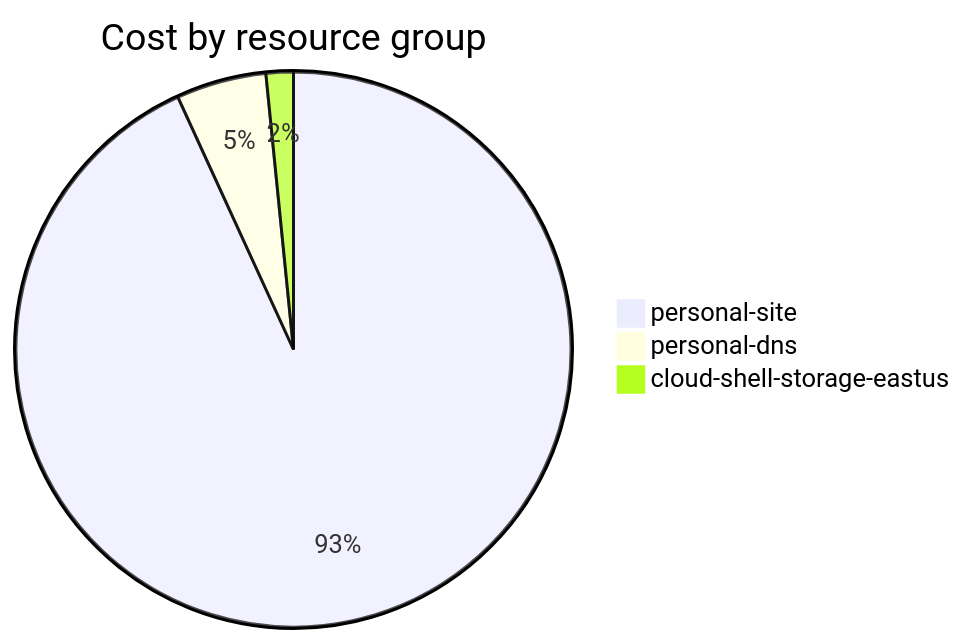
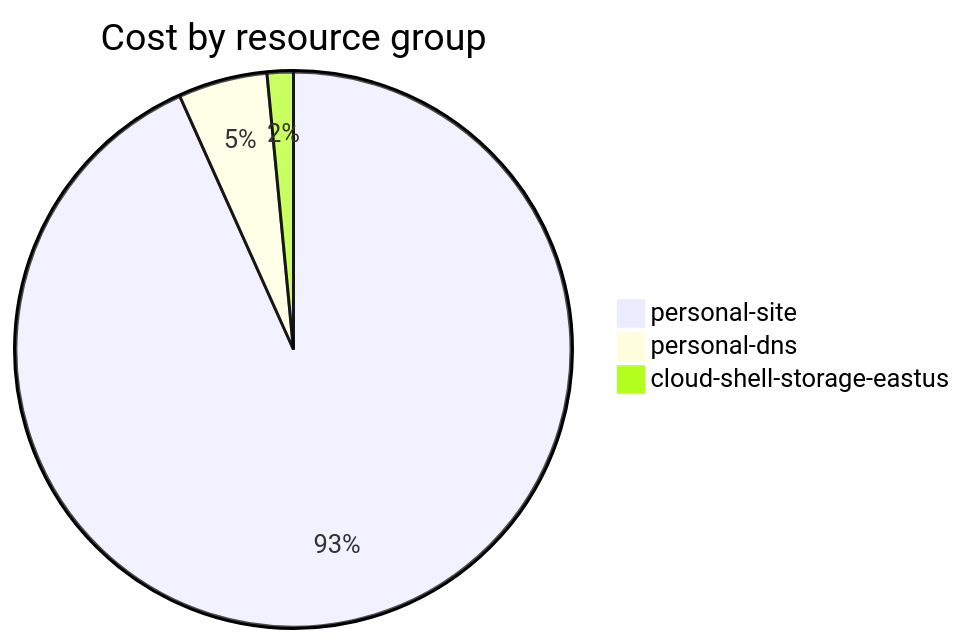
Before and after one commit to jpfulton/azure-personal-reports: the fourth of 4 diagrams in cost-reports/accumulated-cost.md, drawn with Mermaid. The commit also changed other lines of this file and 4 other files, not shown here.

````diff
--- a/cost-reports/accumulated-cost.md
+++ b/cost-reports/accumulated-cost.md
@@ -143,7 +143,7 @@
 ```mermaid
 pie
    title Cost by resource group
-   "personal-site" : 5.86
-   "personal-dns" : 0.33
+   "personal-site" : 6.11
+   "personal-dns" : 0.34
    "cloud-shell-storage-eastus" : 0.10
 ```
````
